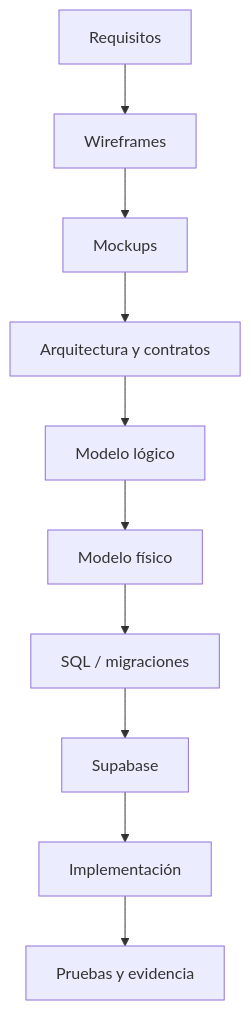
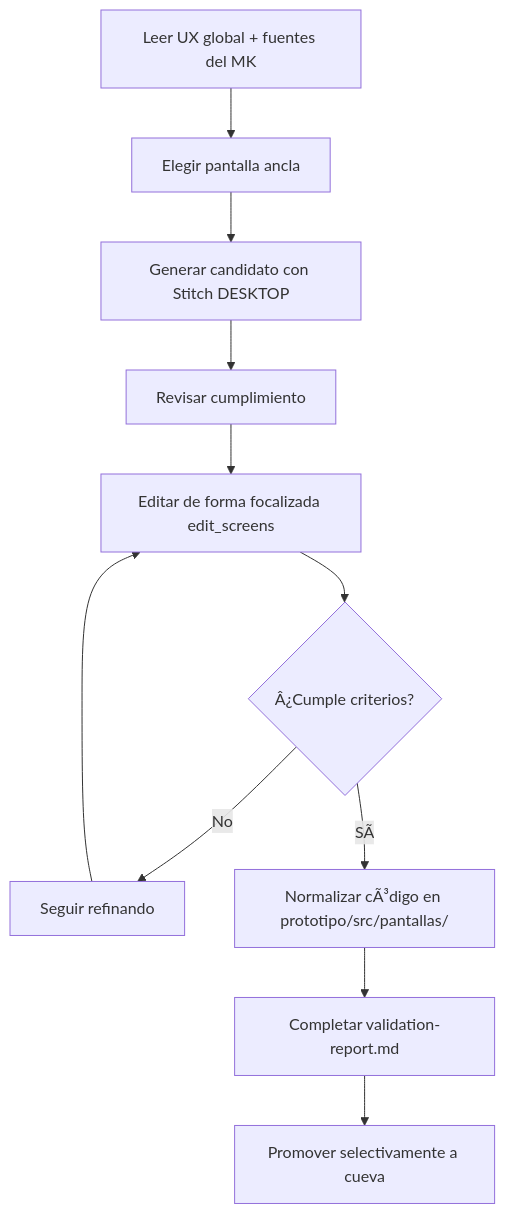
One commit to Taller-SW-Web/G6-Productos-Ofertas-docs changed the diagram in README.md. Above: the diagram before and after it, drawn with Mermaid. The commit also changed other lines of this file, not shown here.

Commit message:
docs(lab): configurar README operativo para rama lab/cueva

````diff
--- a/README.md
+++ b/README.md
@@ -370,12 +70,17 @@
 ```mermaid
 flowchart TD
-    A["Requisitos"] --> B["Wireframes"]
-    B --> C["Mockups"]
-    C --> D["Arquitectura y contratos"]
-    D --> E["Modelo lógico"]
-    E --> F["Modelo físico"]
-    F --> G["SQL / migraciones"]
-    G --> H["Supabase"]
-    H --> I["Implementación"]
-    I --> J["Pruebas y evidencia"]
+    A["Leer UX global + fuentes del MK"]
+    B["Elegir pantalla ancla"]
+    C["Generar candidato con Stitch DESKTOP"]
+    D["Revisar cumplimiento"]
+    E["Editar de forma focalizada edit_screens"]
+    F{"Â¿Cumple criterios?"}
+    G["Seguir refinando"]
+    H["Normalizar cÃ³digo en prototipo/src/pantallas/"]
+    I["Completar validation-report.md"]
+    J["Promover selectivamente a cueva"]
+
+    A --> B --> C --> D --> E --> F
+    F -- "No" --> G --> E
+    F -- "SÃ­" --> H --> I --> J
 ```
````
